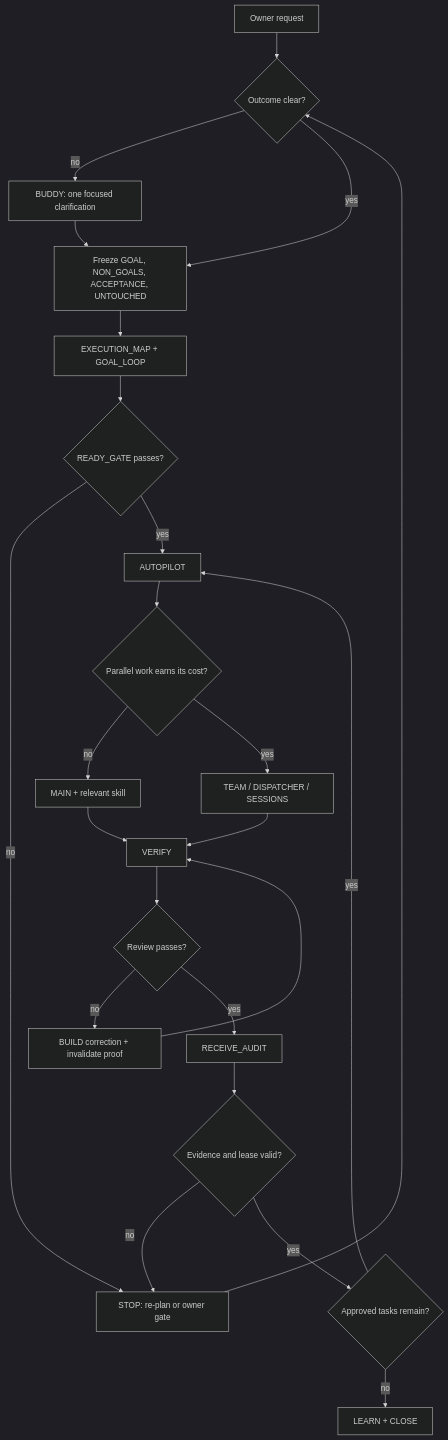
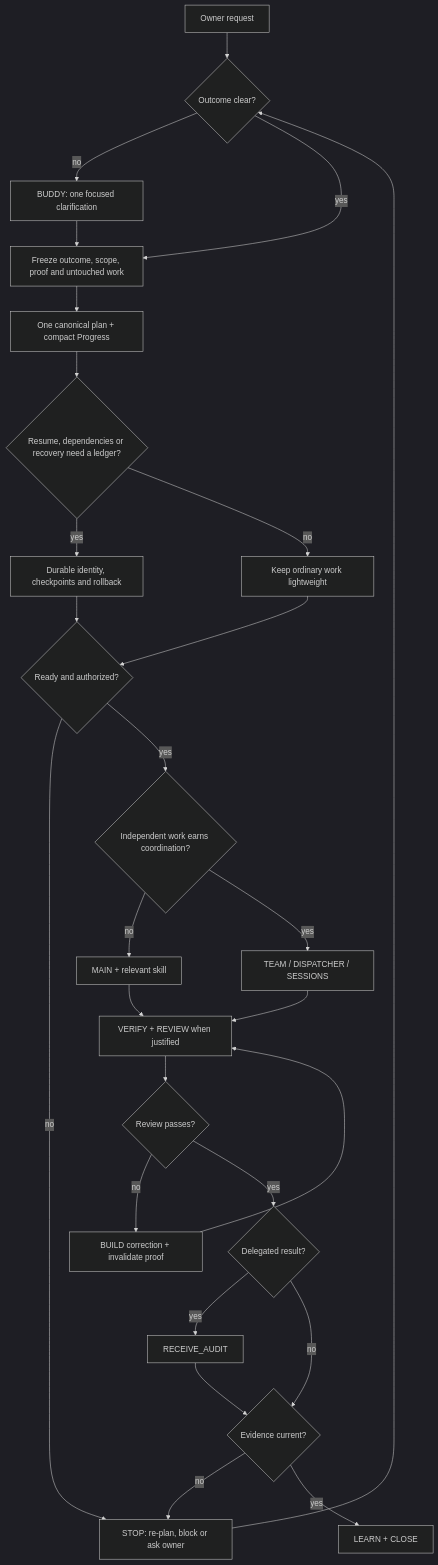
The diagram in README.md (nobrainer-tech/nobrainer-claude-skills), drawn with Mermaid (dark theme) before and after one commit. The commit also changed other lines of this file and 56 other files, not shown here.

````diff
--- a/README.md
+++ b/README.md
@@ -33,26 +34,29 @@
 ```mermaid
 flowchart TD
     A[Owner request] --> B{Outcome clear?}
     B -->|no| C[BUDDY: one focused clarification]
-    B -->|yes| D[Freeze GOAL, NON_GOALS, ACCEPTANCE, UNTOUCHED]
+    B -->|yes| D[Freeze outcome, scope, proof and untouched work]
     C --> D
-    D --> E[EXECUTION_MAP + GOAL_LOOP]
-    E --> F{READY_GATE passes?}
-    F -->|no| G[STOP: re-plan or owner gate]
-    G --> B
-    F -->|yes| H[AUTOPILOT]
-    H --> I{Parallel work earns its cost?}
-    I -->|no| J[MAIN + relevant skill]
-    I -->|yes| K[TEAM / DISPATCHER / SESSIONS]
-    J --> L[VERIFY]
-    K --> L
-    L --> M{Review passes?}
-    M -->|no| N[BUILD correction + invalidate proof]
-    N --> L
-    M -->|yes| O[RECEIVE_AUDIT]
-    O --> P{Evidence and lease valid?}
-    P -->|no| G
-    P -->|yes| Q{Approved tasks remain?}
-    Q -->|yes| H
-    Q -->|no| R[LEARN + CLOSE]
+    D --> E[One canonical plan + compact Progress]
+    E --> F{Resume, dependencies or recovery need a ledger?}
+    F -->|yes| G[Durable identity, checkpoints and rollback]
+    F -->|no| H[Keep ordinary work lightweight]
+    G --> I{Ready and authorized?}
+    H --> I
+    I -->|no| J[STOP: re-plan, block or ask owner]
+    J --> B
+    I -->|yes| K{Independent work earns coordination?}
+    K -->|no| L[MAIN + relevant skill]
+    K -->|yes| M[TEAM / DISPATCHER / SESSIONS]
+    L --> N[VERIFY + REVIEW when justified]
+    M --> N
+    N --> O{Review passes?}
+    O -->|no| P[BUILD correction + invalidate proof]
+    P --> N
+    O -->|yes| Q{Delegated result?}
+    Q -->|yes| R[RECEIVE_AUDIT]
+    Q -->|no| S{Evidence current?}
+    R --> S
+    S -->|no| J
+    S -->|yes| T[LEARN + CLOSE]
 ```
````
